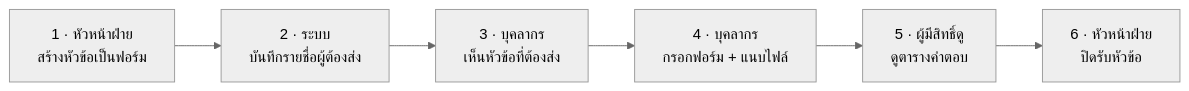
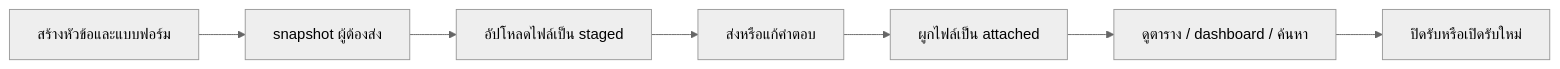
The second of 2 diagrams in sdms-overview.md (FhLk/SDMS-Backend), drawn with Mermaid (neutral theme) before and after one commit. The commit also changed other lines of this file and 8 other files, not shown here.

````diff
--- a/sdms-overview.md
+++ b/sdms-overview.md
@@ -33,8 +75,9 @@
 ```mermaid
 flowchart LR
-  A["1 · หัวหน้าฝ่าย<br/>สร้างหัวข้อเป็นฟอร์ม"] --> B["2 · ระบบ<br/>บันทึกรายชื่อผู้ต้องส่ง"]
-  B --> C["3 · บุคลากร<br/>เห็นหัวข้อที่ต้องส่ง"]
-  C --> D["4 · บุคลากร<br/>กรอกฟอร์ม + แนบไฟล์"]
-  D --> E["5 · ผู้มีสิทธิ์ดู<br/>ดูตารางคำตอบ"]
-  E --> F["6 · หัวหน้าฝ่าย<br/>ปิดรับหัวข้อ"]
+  A["สร้างหัวข้อและแบบฟอร์ม"] --> B["snapshot ผู้ต้องส่ง"]
+  B --> C["อัปโหลดไฟล์เป็น staged"]
+  C --> D["ส่งหรือแก้คำตอบ"]
+  D --> E["ผูกไฟล์เป็น attached"]
+  E --> F["ดูตาราง / dashboard / ค้นหา"]
+  F --> G["ปิดรับหรือเปิดรับใหม่"]
 ```
````
